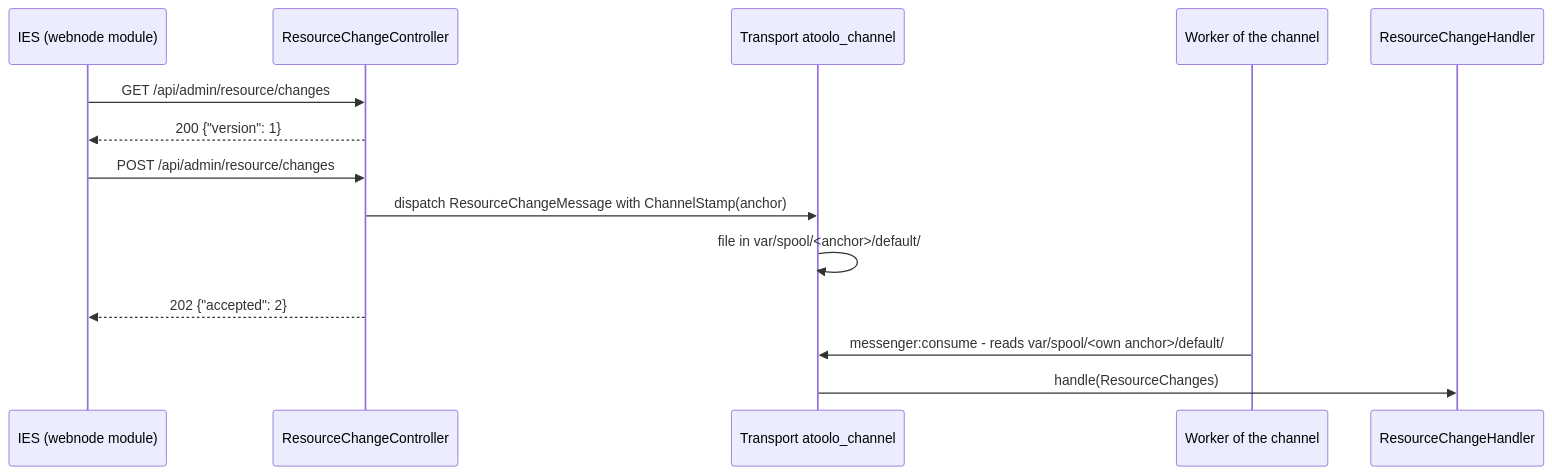
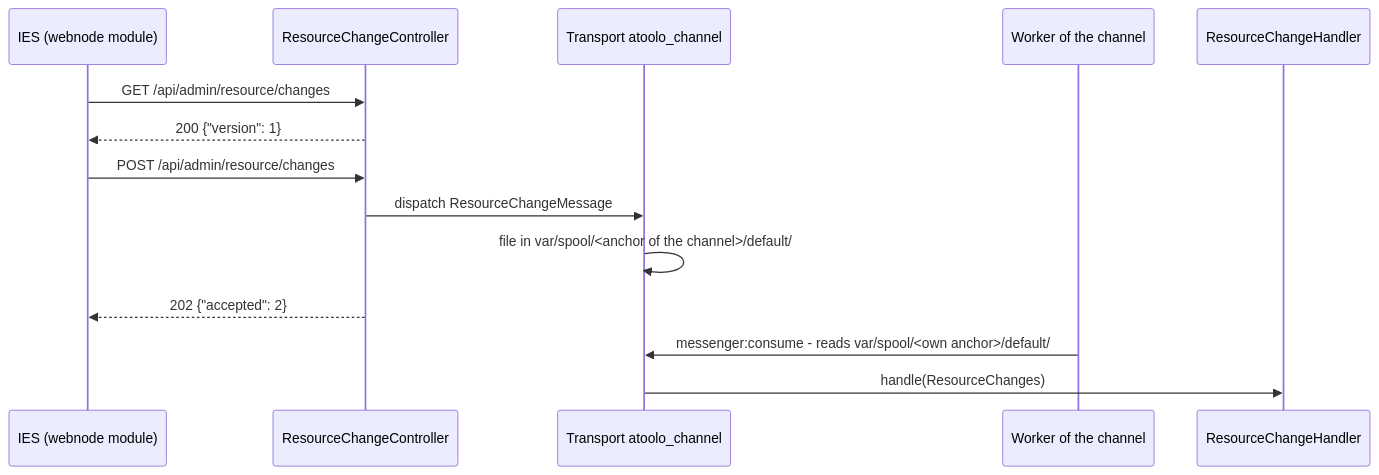
Before and after one commit to sitepark/atoolo-docs: the diagram in docs/develop/bundles/resource.md, drawn with Mermaid. The commit also changed other lines of this file, not shown here.

First line of the commit message:
docs: take the channel of the request for a resource change

````diff
--- a/docs/develop/bundles/resource.md
+++ b/docs/develop/bundles/resource.md
@@ -256,16 +256,16 @@
 ```mermaid
 sequenceDiagram
     participant IES as IES (webnode module)
     participant C as ResourceChangeController
     participant T as Transport atoolo_channel
     participant W as Worker of the channel
     participant H as ResourceChangeHandler
     IES->>C: GET /api/admin/resource/changes
     C-->>IES: 200 {"version": 1}
     IES->>C: POST /api/admin/resource/changes
-    C->>T: dispatch ResourceChangeMessage with ChannelStamp(anchor)
-    T->>T: file in var/spool/<anchor>/default/
+    C->>T: dispatch ResourceChangeMessage
+    T->>T: file in var/spool/<anchor of the channel>/default/
     C-->>IES: 202 {"accepted": 2}
     W->>T: messenger:consume - reads var/spool/<own anchor>/default/
     T->>H: handle(ResourceChanges)
 ```
````
